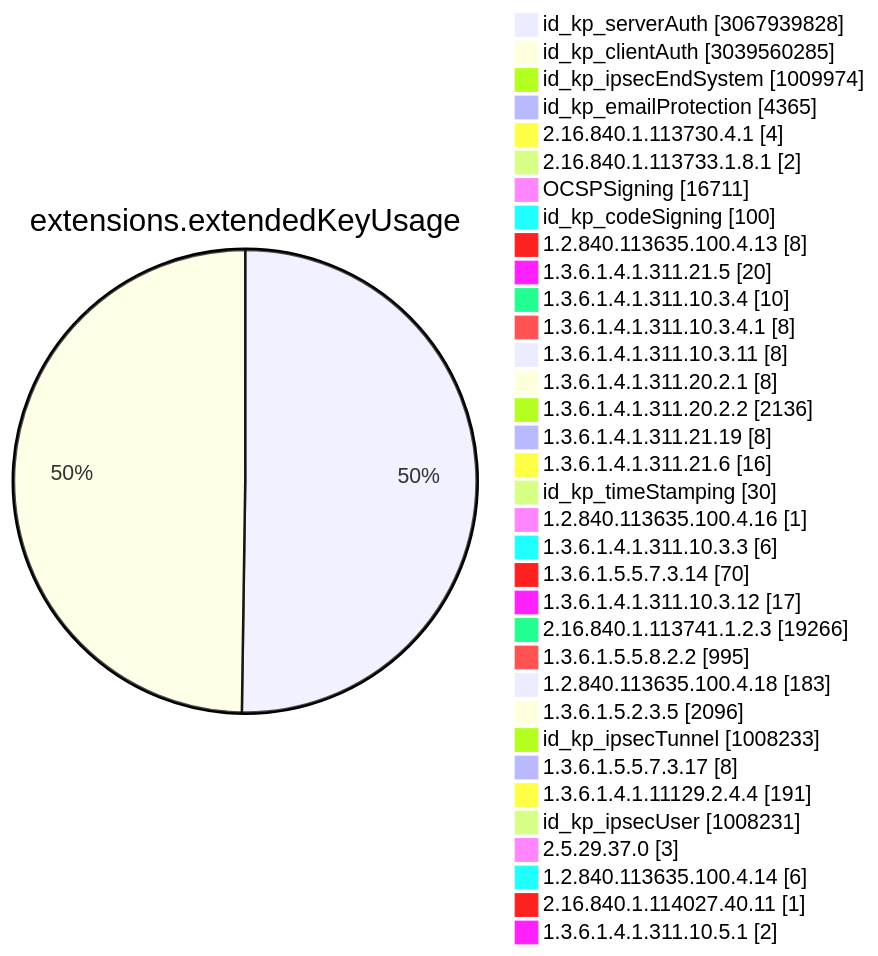
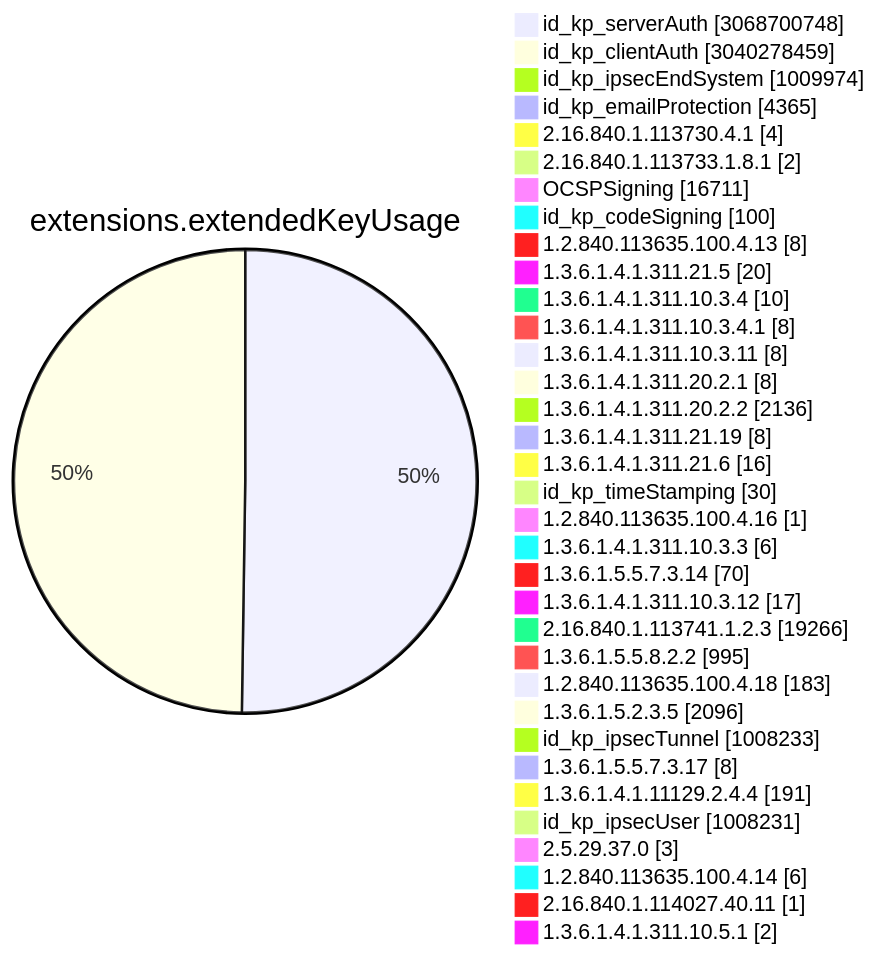
Diagram 11 of 15 in TOTAL/README.md (christiankrug/ctmonitor_visualization), drawn with Mermaid before and after one commit. The commit also changed other lines of this file, not shown here.

````diff
--- a/TOTAL/README.md
+++ b/TOTAL/README.md
@@ -4117,38 +4117,38 @@
 ```mermaid
 pie showData
 title extensions.extendedKeyUsage
-"id_kp_serverAuth" :3067939828
-"id_kp_clientAuth" :3039560285
+"id_kp_serverAuth" :3068700748
+"id_kp_clientAuth" :3040278459
 "id_kp_ipsecEndSystem" :1009974
 "id_kp_emailProtection" :4365
 "2.16.840.1.113730.4.1" :4
 "2.16.840.1.113733.1.8.1" :2
 "OCSPSigning" :16711
 "id_kp_codeSigning" :100
 "1.2.840.113635.100.4.13" :8
 "1.3.6.1.4.1.311.21.5" :20
 "1.3.6.1.4.1.311.10.3.4" :10
 "1.3.6.1.4.1.311.10.3.4.1" :8
 "1.3.6.1.4.1.311.10.3.11" :8
 "1.3.6.1.4.1.311.20.2.1" :8
 "1.3.6.1.4.1.311.20.2.2" :2136
 "1.3.6.1.4.1.311.21.19" :8
 "1.3.6.1.4.1.311.21.6" :16
 "id_kp_timeStamping" :30
 "1.2.840.113635.100.4.16" :1
 "1.3.6.1.4.1.311.10.3.3" :6
 "1.3.6.1.5.5.7.3.14" :70
 "1.3.6.1.4.1.311.10.3.12" :17
 "2.16.840.1.113741.1.2.3" :19266
 "1.3.6.1.5.5.8.2.2" :995
 "1.2.840.113635.100.4.18" :183
 "1.3.6.1.5.2.3.5" :2096
 "id_kp_ipsecTunnel" :1008233
 "1.3.6.1.5.5.7.3.17" :8
 "1.3.6.1.4.1.11129.2.4.4" :191
 "id_kp_ipsecUser" :1008231
 "2.5.29.37.0" :3
 "1.2.840.113635.100.4.14" :6
 "2.16.840.1.114027.40.11" :1
 "1.3.6.1.4.1.311.10.5.1" :2
 ```
````
